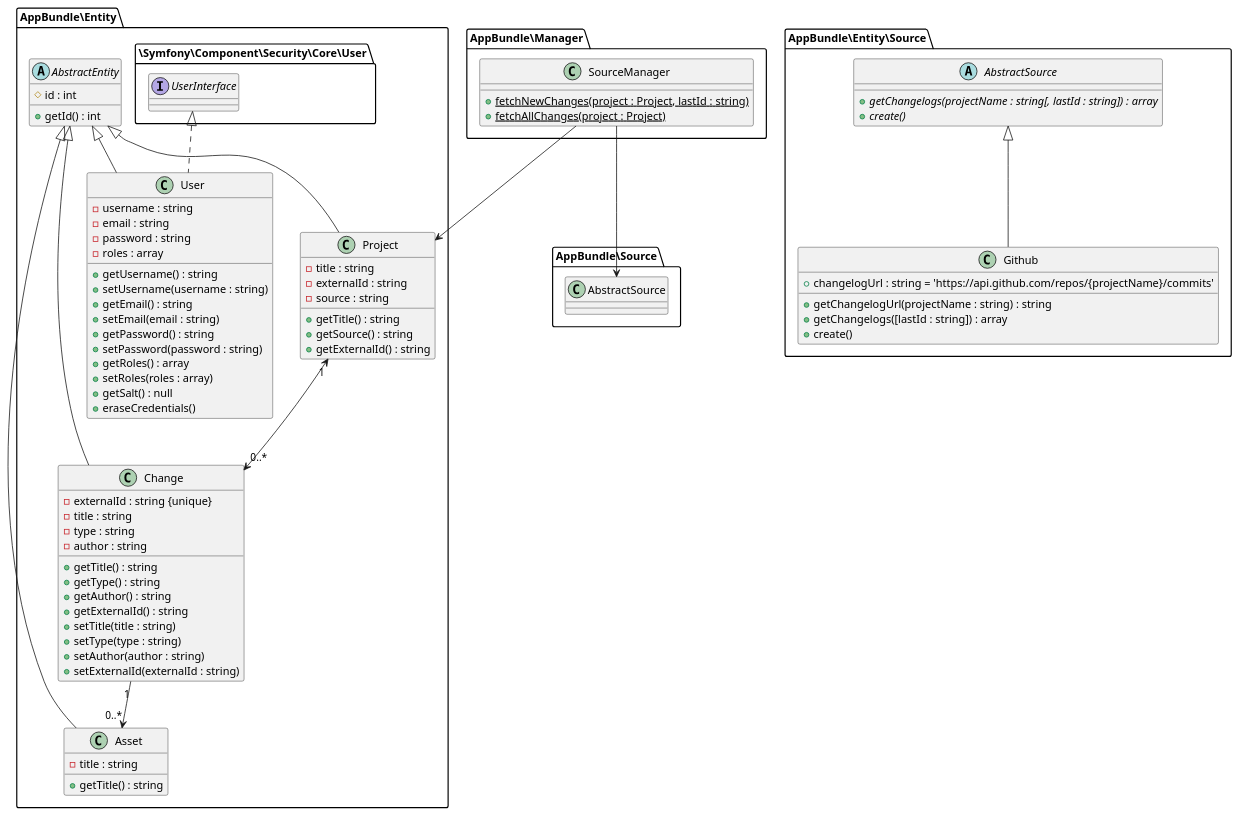
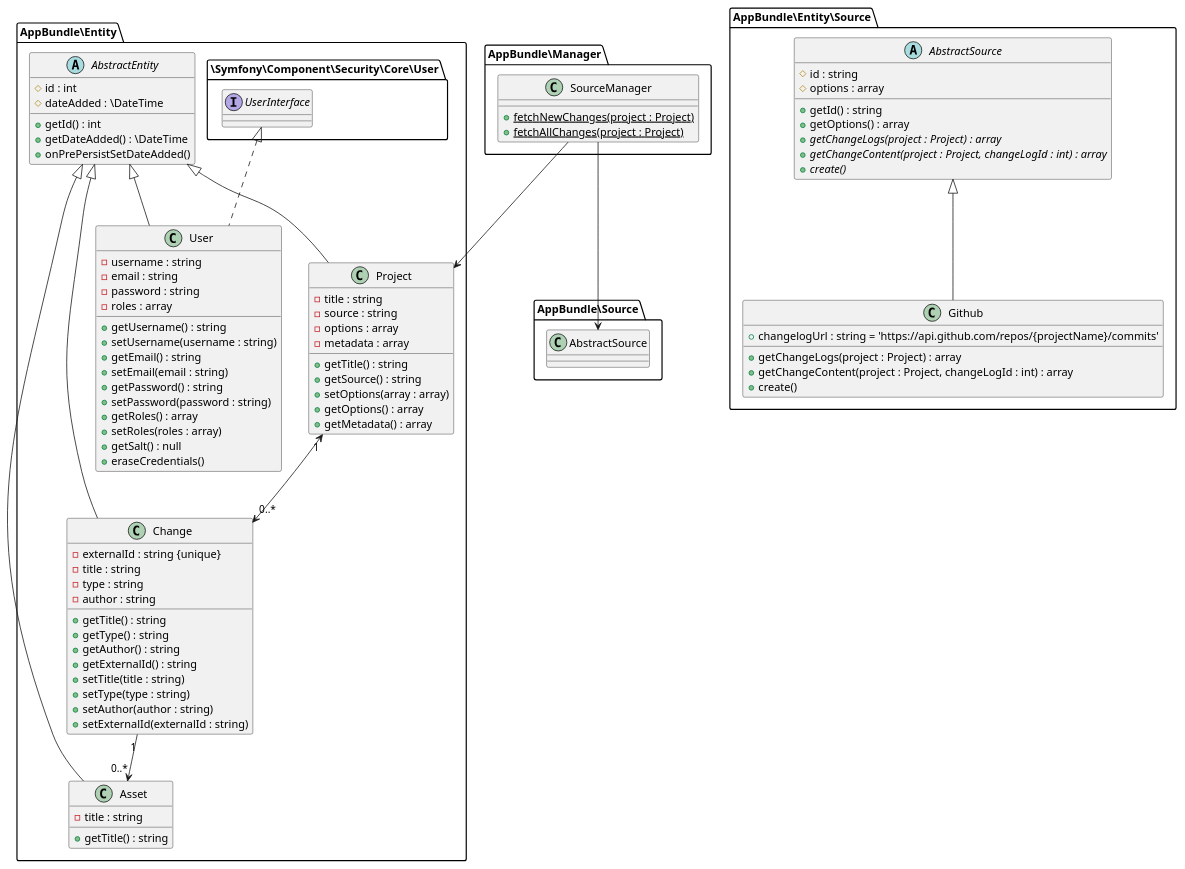
One commit to saitho/changebrowser changed the diagram in src/AppBundle/Documentation/entities.puml. Above: the diagram before and after it, drawn with PlantUML. The commit also changed 17 other files, not shown here.

```diff
--- a/src/AppBundle/Documentation/entities.puml
+++ b/src/AppBundle/Documentation/entities.puml
@@ -1,79 +1,90 @@
 @startuml
 
 AppBundle\Manager.SourceManager --> AppBundle\Entity.Project
 AppBundle\Manager.SourceManager --> AppBundle\Source.AbstractSource
 
 namespace AppBundle\Manager {
     class SourceManager {
-        + {static} fetchNewChanges(project : Project, lastId : string)
+        + {static} fetchNewChanges(project : Project)
         + {static} fetchAllChanges(project : Project)
     }
 }
 
 namespace AppBundle\Entity\Source {
     abstract class AbstractSource {
-        {abstract} + getChangelogs(projectName : string[, lastId : string]) : array
+        # id : string
+        # options : array
+        + getId() : string
+        + getOptions() : array
+        {abstract} + getChangeLogs(project : Project) : array
+        {abstract} + getChangeContent(project : Project, changeLogId : int) : array
         {abstract} + create()
     }
     class Github extends AbstractSource {
         + changelogUrl : string = 'https://api.github.com/repos/{projectName}/commits'
-        + getChangelogUrl(projectName : string) : string
-        + getChangelogs([lastId : string]) : array
+        + getChangeLogs(project : Project) : array
+        + getChangeContent(project : Project, changeLogId : int) : array
         + create()
     }
 }
 
 namespace AppBundle\Entity {
     abstract class AbstractEntity {
         # id : int
+        # dateAdded : \DateTime
         + getId() : int
+        + getDateAdded() : \DateTime
+        + onPrePersistSetDateAdded()
     }
     class Asset extends AbstractEntity {
         - title : string
         + getTitle() : string
     }
     class Change extends AbstractEntity {
         - externalId : string {unique}
         - title : string
         - type : string
         - author : string
         + getTitle() : string
         + getType() : string
         + getAuthor() : string
         + getExternalId() : string
         + setTitle(title : string)
         + setType(type : string)
         + setAuthor(author : string)
         + setExternalId(externalId : string)
     }
     class Project extends AbstractEntity {
         - title : string
-        - externalId : string
         - source : string
+        - options : array
+        - metadata : array
         + getTitle() : string
         + getSource() : string
-        + getExternalId() : string
+        + setOptions(array : array)
+        + getOptions() : array
+        + getMetadata() : array
     }
     class User extends AbstractEntity implements \Symfony\Component\Security\Core\User.UserInterface {
         - username : string
         - email : string
         - password : string
         - roles : array
         + getUsername() : string
         + setUsername(username : string)
         + getEmail() : string
         + setEmail(email : string)
         + getPassword() : string
         + setPassword(password : string)
         + getRoles() : array
         + setRoles(roles : array)
         + getSalt() : null
         + eraseCredentials()
     }
 
     Change "1" --> "0..*" Asset
     Project "1" <--> "0..*" Change
 }
 
 
 @enduml
```
